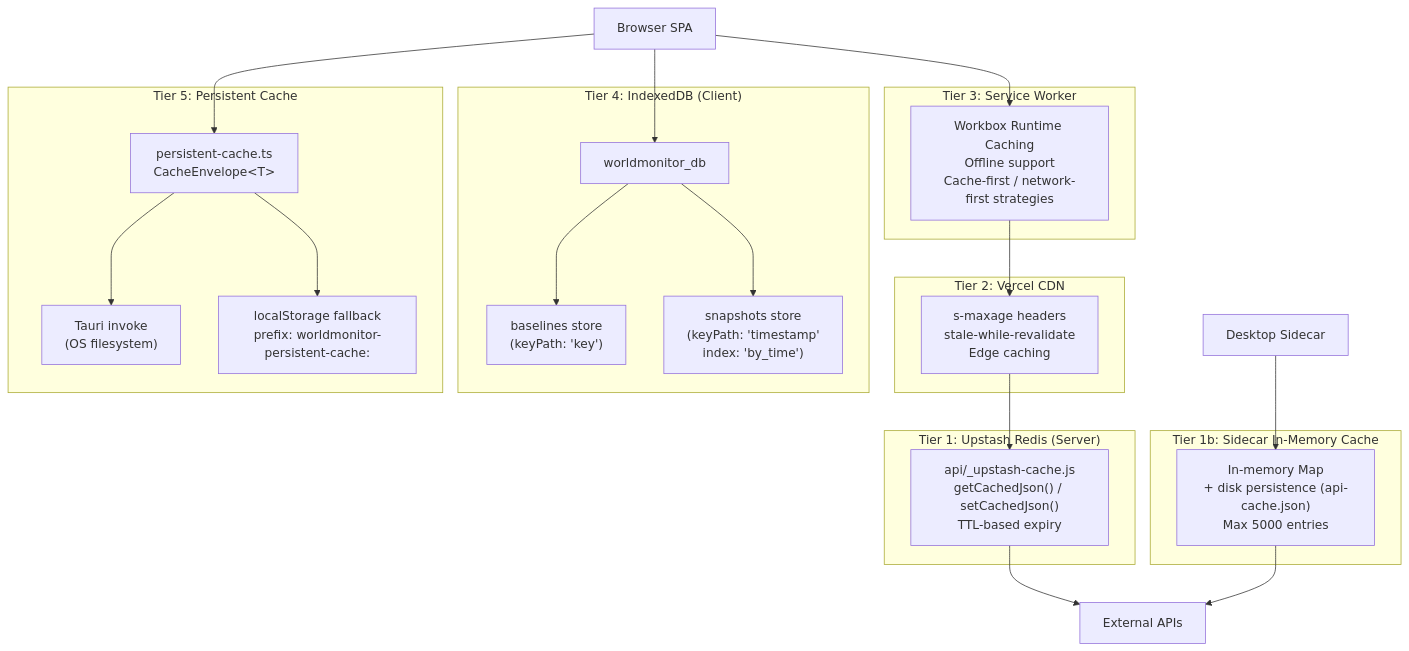
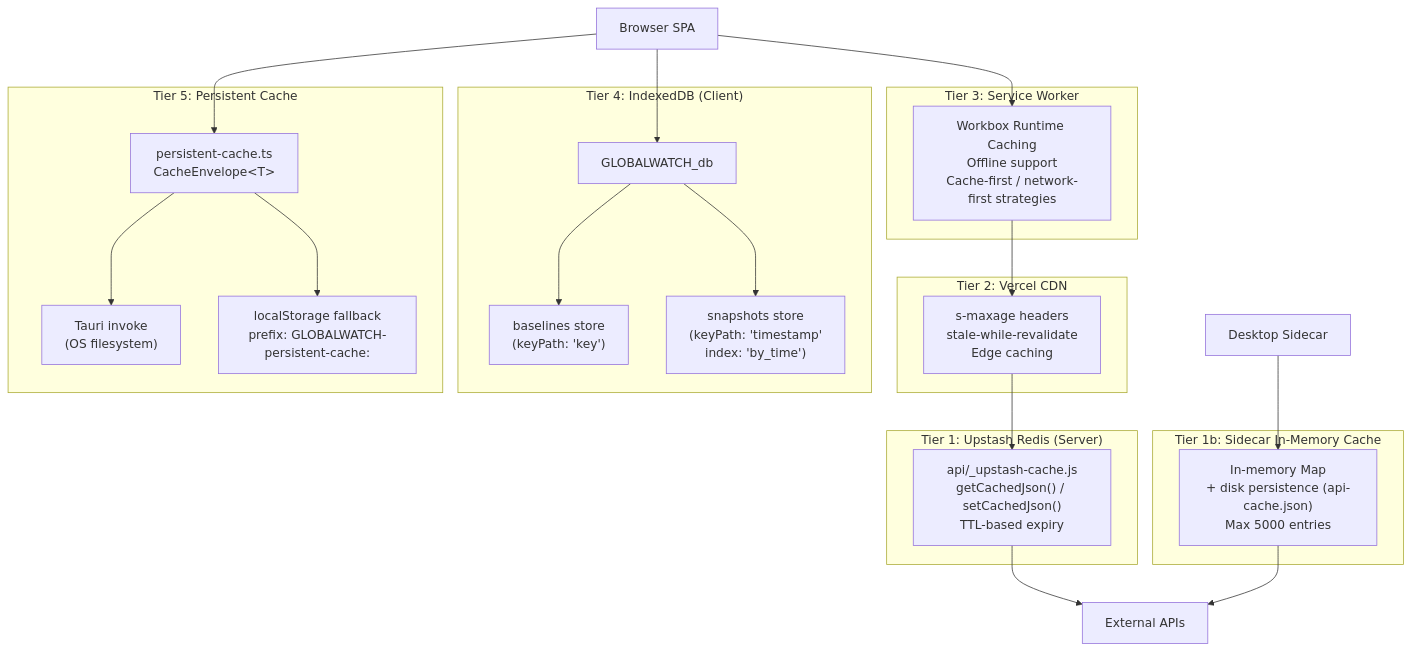
The sixth of 9 diagrams in docs/Docs_To_Review/ARCHITECTURE.md (nk10nikhil/global-watch), drawn with Mermaid before and after one commit. The commit also changed other lines of this file and 987 other files, not shown here.

````diff
--- a/docs/Docs_To_Review/ARCHITECTURE.md
+++ b/docs/Docs_To_Review/ARCHITECTURE.md
@@ -491,45 +491,45 @@
 ```mermaid
 graph TD
     subgraph Tier1["Tier 1: Upstash Redis (Server)"]
         Redis["api/_upstash-cache.js<br/>getCachedJson() / setCachedJson()<br/>TTL-based expiry"]
     end
 
     subgraph Tier1b["Tier 1b: Sidecar In-Memory Cache"]
         MemCache["In-memory Map<br/>+ disk persistence (api-cache.json)<br/>Max 5000 entries"]
     end
 
     subgraph Tier2["Tier 2: Vercel CDN"]
         CDN["s-maxage headers<br/>stale-while-revalidate<br/>Edge caching"]
     end
 
     subgraph Tier3["Tier 3: Service Worker"]
         Workbox["Workbox Runtime Caching<br/>Offline support<br/>Cache-first / network-first strategies"]
     end
 
     subgraph Tier4["Tier 4: IndexedDB (Client)"]
-        IDB["worldmonitor_db"]
+        IDB["GLOBALWATCH_db"]
         Baselines["baselines store<br/>(keyPath: 'key')"]
         Snapshots["snapshots store<br/>(keyPath: 'timestamp'<br/>index: 'by_time')"]
         IDB --> Baselines
         IDB --> Snapshots
     end
 
     subgraph Tier5["Tier 5: Persistent Cache"]
         PC["persistent-cache.ts<br/>CacheEnvelope&lt;T&gt;"]
         TauriInvoke["Tauri invoke<br/>(OS filesystem)"]
-        LSFallback["localStorage fallback<br/>prefix: worldmonitor-persistent-cache:"]
+        LSFallback["localStorage fallback<br/>prefix: GLOBALWATCH-persistent-cache:"]
         PC --> TauriInvoke
         PC --> LSFallback
     end
 
     Browser["Browser SPA"] --> Workbox
     Workbox --> CDN
     CDN --> Redis
     Redis --> ExternalAPI["External APIs"]
 
     Browser --> IDB
     Browser --> PC
 
     Sidecar["Desktop Sidecar"] --> MemCache
     MemCache --> ExternalAPI
 ```
````
